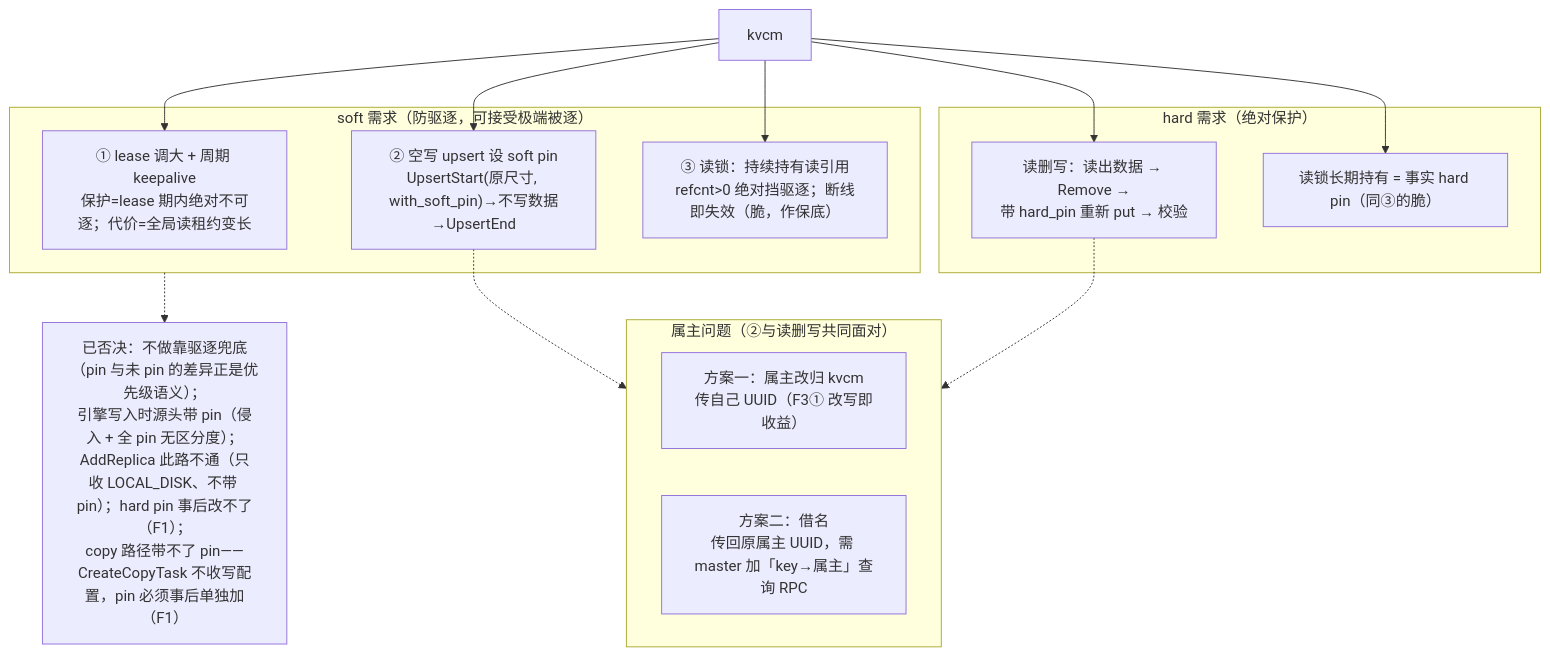
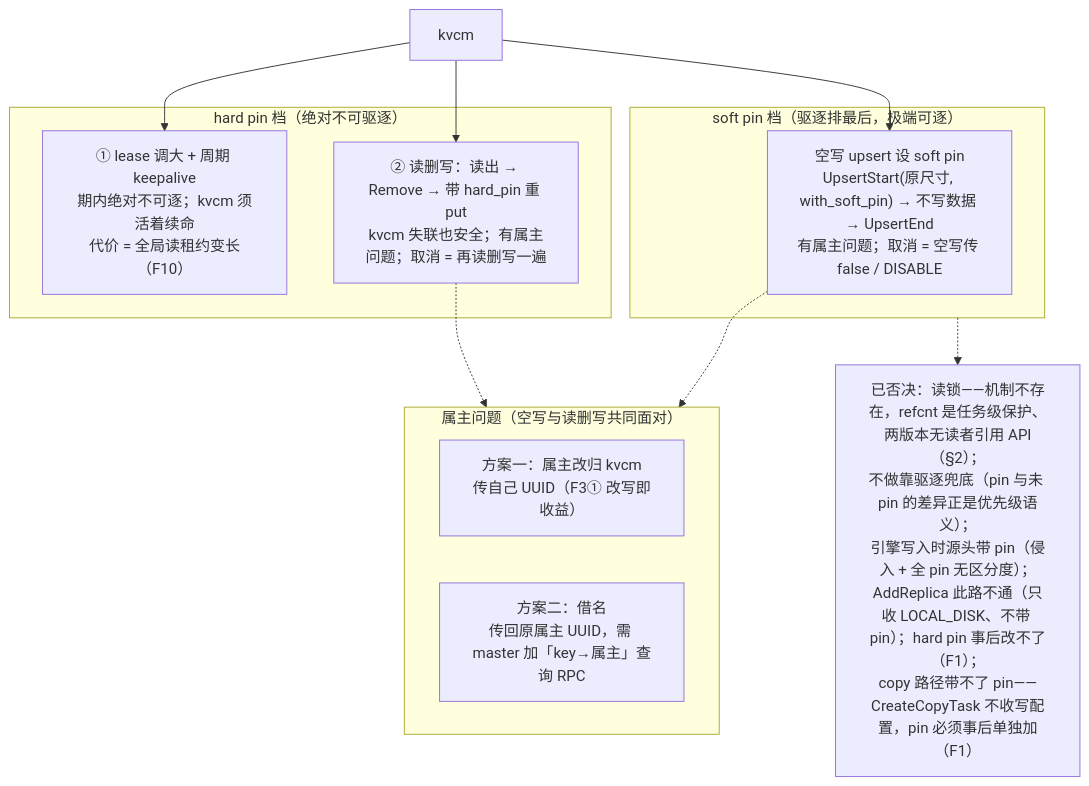
One commit to 5x8-40/lake changed the fifth of 10 diagrams in kvcm/D2-kv-operations.md. Above: the diagram before and after it, drawn with Mermaid. The commit also changed other lines of this file, not shown here.

First line of the commit message:
docs(kvcm): §2 pin 重构——读锁证伪移被否决，分组对齐 mooncake 语义，补取消节

````diff
--- a/kvcm/D2-kv-operations.md
+++ b/kvcm/D2-kv-operations.md
@@ -355,23 +355,21 @@
 ```mermaid
 flowchart TB
     K["kvcm"]
-    subgraph SOFT["soft 需求（防驱逐，可接受极端被逐）"]
-        S1["① lease 调大 + 周期 keepalive<br/>保护=lease 期内绝对不可逐；代价=全局读租约变长"]
-        S2["② 空写 upsert 设 soft pin<br/>UpsertStart(原尺寸, with_soft_pin)→不写数据→UpsertEnd"]
-        S3["③ 读锁：持续持有读引用<br/>refcnt>0 绝对挡驱逐；断线即失效（脆，作保底）"]
+    subgraph SOFT["soft pin 档（驱逐排最后，极端可逐）"]
+        S1["空写 upsert 设 soft pin<br/>UpsertStart(原尺寸, with_soft_pin) → 不写数据 → UpsertEnd<br/>有属主问题；取消 = 空写传 false / DISABLE"]
     end
-    subgraph HARD["hard 需求（绝对保护）"]
-        H1["读删写：读出数据 → Remove →<br/>带 hard_pin 重新 put → 校验"]
-        H2["读锁长期持有 = 事实 hard pin（同③的脆）"]
+    subgraph HARD["hard pin 档（绝对不可驱逐）"]
+        H1["① lease 调大 + 周期 keepalive<br/>期内绝对不可逐；kvcm 须活着续命<br/>代价 = 全局读租约变长（F10）"]
+        H2["② 读删写：读出 → Remove → 带 hard_pin 重 put<br/>kvcm 失联也安全；有属主问题；取消 = 再读删写一遍"]
     end
-    subgraph OWN["属主问题（②与读删写共同面对）"]
+    subgraph OWN["属主问题（空写与读删写共同面对）"]
         O1["方案一：属主改归 kvcm<br/>传自己 UUID（F3① 改写即收益）"]
         O2["方案二：借名<br/>传回原属主 UUID，需 master 加「key→属主」查询 RPC"]
     end
-    K --> S1 & S2 & S3
+    K --> S1
     K --> H1 & H2
-    S2 -.-> OWN
-    H1 -.-> OWN
-    N["已否决：不做靠驱逐兜底（pin 与未 pin 的差异正是优先级语义）；<br/>引擎写入时源头带 pin（侵入 + 全 pin 无区分度）；<br/>AddReplica 此路不通（只收 LOCAL_DISK、不带 pin）；hard pin 事后改不了（F1）；<br/>copy 路径带不了 pin——CreateCopyTask 不收写配置，pin 必须事后单独加（F1）"]
+    S1 -.-> OWN
+    H2 -.-> OWN
+    N["已否决：读锁——机制不存在，refcnt 是任务级保护、两版本无读者引用 API（§2）；<br/>不做靠驱逐兜底（pin 与未 pin 的差异正是优先级语义）；<br/>引擎写入时源头带 pin（侵入 + 全 pin 无区分度）；<br/>AddReplica 此路不通（只收 LOCAL_DISK、不带 pin）；hard pin 事后改不了（F1）；<br/>copy 路径带不了 pin——CreateCopyTask 不收写配置，pin 必须事后单独加（F1）"]
     SOFT -.-> N
 ```
````
